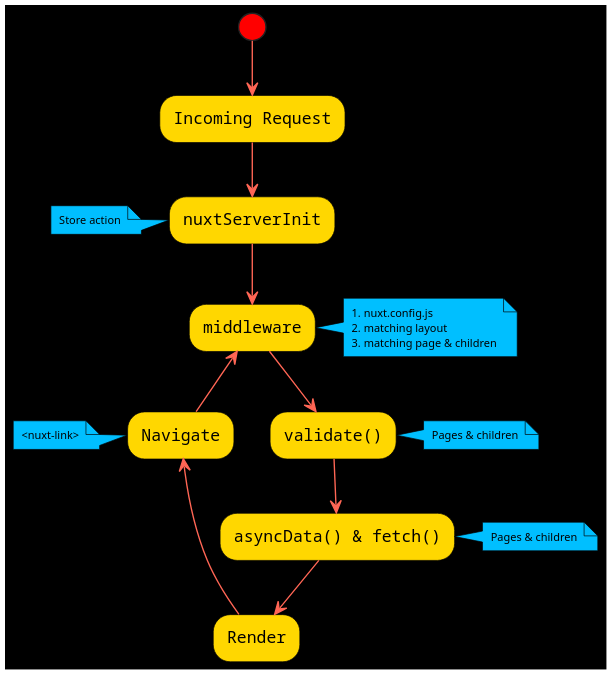
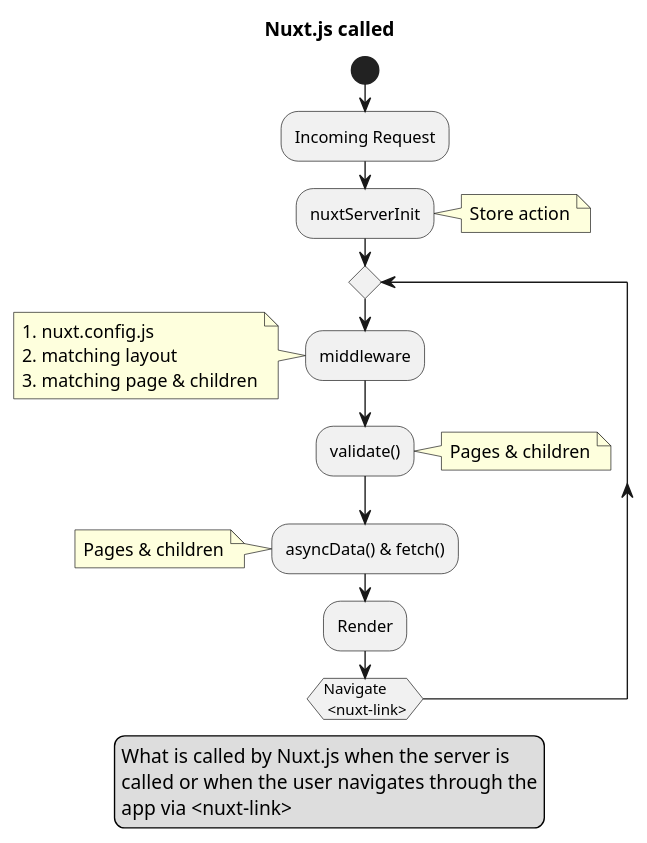
The diagram in techcom/.vuepress/public/img/documentation-nuxtjs/nuxt-schema.puml (PeterOnCode/TechCom), drawn with PlantUML before and after one commit. The commit also changed 2 other files, not shown here.

Commit message:
[Nuxt.js Docs] - Intro

```diff
--- a/techcom/.vuepress/public/img/documentation-nuxtjs/nuxt-schema.puml
+++ b/techcom/.vuepress/public/img/documentation-nuxtjs/nuxt-schema.puml
@@ -1,51 +1,97 @@
 @startuml
 
-skinparam backgroundColor black
-skinparam activity {
-  FontSize 12
-  FontName Courier
-  StartColor red
-  BorderColor black
-  BackgroundColor gold
-  ArrowFontName Impact
-  ArrowColor #FF6655
-  ArrowFontColor #777777
-}
+title Nuxt.js called
 
-skinparam note {
-  FontSize 8
-  FontName Normal
-  BorderColor black
-  BackgroundColor DeepSkyBlue
-  ArrowFontName Impact
-  ArrowColor #FF6655
-  ArrowFontColor #777777
-}
 
-(*) --> "Incoming Request"
-    -down-> "nuxtServerInit"
-    note left
-      Store action
-    end note
-    -down-> "middleware"
-    note right
-      1. nuxt.config.js
-      2. matching layout
-      3. matching page & children
-    end note
-    --> "validate()"
-    note right
-      Pages & children
-    end note
-    -down-> "asyncData() & fetch()"
-    note right
-      Pages & children
-    end note
-    -down-> "Render"
-    -up-> "Navigate"
-    note left
-      <nuxt-link>
-    end note
--up-> middleware
+' skinparam backgroundColor black
+' skinparam activity {
+'   FontSize 12
+'   FontName Courier
+'   StartColor red
+'   BorderColor black
+'   BackgroundColor gold
+'   ArrowFontName Impact
+'   ArrowColor #FF6655
+'   ArrowFontColor #777777
+' }
+
+' skinparam note {
+'   FontSize 8
+'   FontName Normal
+'   BorderColor black
+'   BackgroundColor DeepSkyBlue
+'   ArrowFontName Impact
+'   ArrowColor #FF6655
+'   ArrowFontColor #777777
+' }
+
+start
+:Incoming Request;
+:nuxtServerInit;
+note right
+  Store action
+end note
+repeat
+  :middleware;
+  note left
+    1. nuxt.config.js
+    2. matching layout
+    3. matching page & children
+  end note
+  :validate();
+  note right
+    Pages & children
+  end note
+  :asyncData() & fetch();
+  note left
+    Pages & children
+  end note
+  :Render;
+repeat while (Navigate \n <nuxt-link>)
+  
+
+' :This is defined on
+' several **lines**;
+' stop
+' end
+
+
+legend 
+  What is called by Nuxt.js when the server is
+  called or when the user navigates through the
+  app via <nuxt-link>
+' :Incoming Request
+'     -down-> "nuxtServerInit"
+'     note left
+'       Store action
+'     end note
+'     -down-> "middleware"
+'     note right
+'       1. nuxt.config.js
+'       2. matching layout
+'       3. matching page & children
+'     end note
+'     --> "validate()"
+'     note right
+'       Pages & children
+'     end note
+'     -down-> "asyncData() & fetch()"
+'     note right
+'       Pages & children
+'     end note
+'     -down-> "Render"
+'     -up-> "Navigate"
+'     note left
+'       <nuxt-link>
+'     end note
+' -up-> middleware
+' note right
+'   This note is on several
+'   //lines// and can
+'   contain <b>HTML</b>
+'   ====
+'   * Calling the method ""foo()"" is prohibited
+' end note
+end legend
 
 @enduml
```
